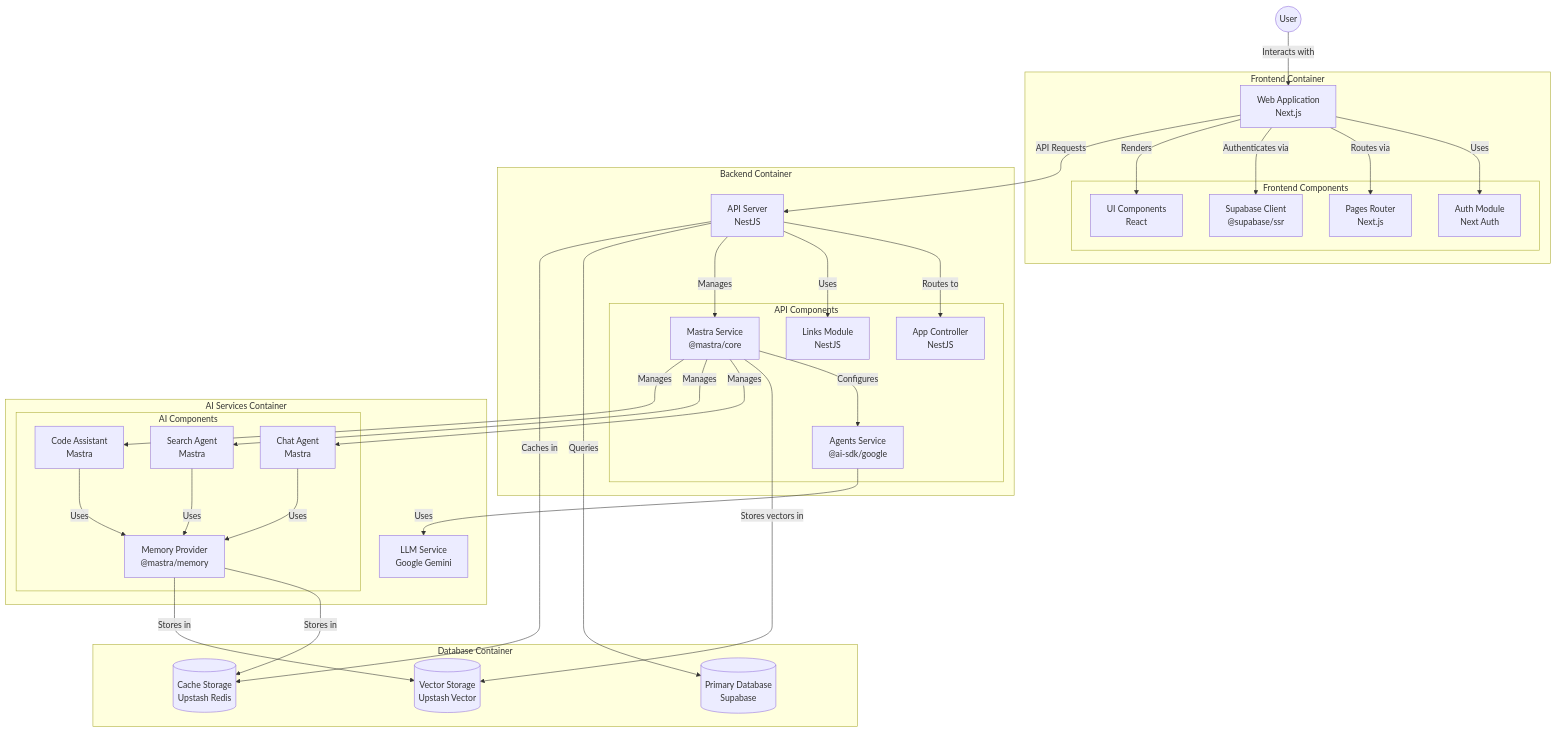
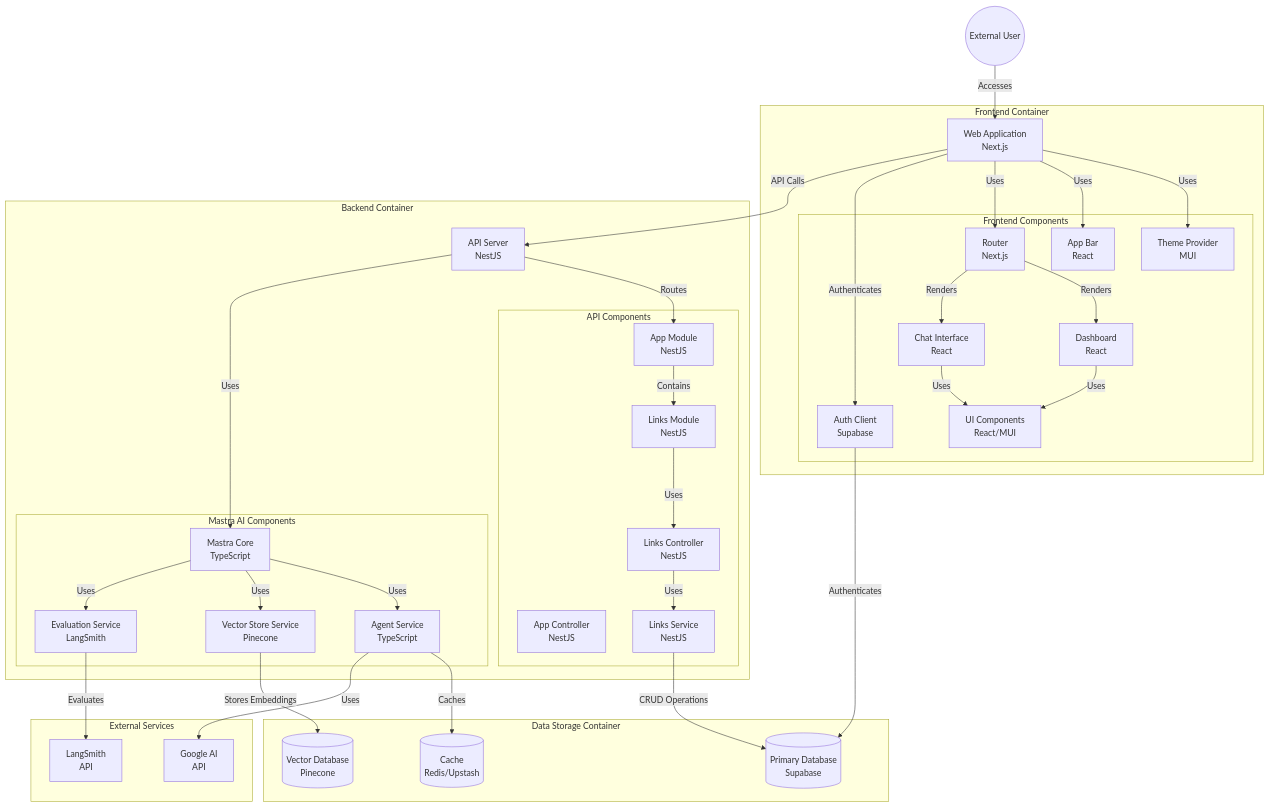
Before and after one commit to ssdeanx/AcidBomb: the second of 2 diagrams in README.md, drawn with Mermaid. The commit also changed 14 other files, not shown here.

First line of the commit message:
feat(agents): implement agent service and DTOs for agent management

````diff
--- a/README.md
+++ b/README.md
@@ -230,75 +230,80 @@
 ```mermaid
 graph TB
-    User((User))
+    User((External User))
 
     subgraph "Frontend Container"
         WebApp["Web Application<br>Next.js"]
 
         subgraph "Frontend Components"
-            AuthModule["Auth Module<br>Next Auth"]
-            Pages["Pages Router<br>Next.js"]
-            SupabaseClient["Supabase Client<br>@supabase/ssr"]
-            UIComponents["UI Components<br>React"]
+            ThemeProvider["Theme Provider<br>MUI"]
+            AppBar["App Bar<br>React"]
+            AuthClient["Auth Client<br>Supabase"]
+            Router["Router<br>Next.js"]
+            Dashboard["Dashboard<br>React"]
+            Chat["Chat Interface<br>React"]
+            UIComponents["UI Components<br>React/MUI"]
         end
     end
 
     subgraph "Backend Container"
-        NestAPI["API Server<br>NestJS"]
+        APIServer["API Server<br>NestJS"]
 
         subgraph "API Components"
+            AppModule["App Module<br>NestJS"]
+            LinksModule["Links Module<br>NestJS"]
             AppController["App Controller<br>NestJS"]
-            LinksModule["Links Module<br>NestJS"]
-            MastraService["Mastra Service<br>@mastra/core"]
-            AgentsService["Agents Service<br>@ai-sdk/google"]
+            LinksController["Links Controller<br>NestJS"]
+            LinksService["Links Service<br>NestJS"]
+        end
+
+        subgraph "Mastra AI Components"
+            MastraCore["Mastra Core<br>TypeScript"]
+            AgentService["Agent Service<br>TypeScript"]
+            VectorStore["Vector Store Service<br>Pinecone"]
+            EvaluationService["Evaluation Service<br>LangSmith"]
         end
     end
 
-    subgraph "Database Container"
+    subgraph "Data Storage Container"
         SupabaseDB[("Primary Database<br>Supabase")]
-        RedisCache[("Cache Storage<br>Upstash Redis")]
-        VectorStore[("Vector Storage<br>Upstash Vector")]
+        Redis[("Cache<br>Redis/Upstash")]
+        VectorDB[("Vector Database<br>Pinecone")]
     end
 
-    subgraph "AI Services Container"
-        GeminiModel["LLM Service<br>Google Gemini"]
-
-        subgraph "AI Components"
-            ChatAgent["Chat Agent<br>Mastra"]
-            SearchAgent["Search Agent<br>Mastra"]
-            CodeAgent["Code Assistant<br>Mastra"]
-            MemoryProvider["Memory Provider<br>@mastra/memory"]
-        end
+    subgraph "External Services"
+        LangSmith["LangSmith<br>API"]
+        GoogleAI["Google AI<br>API"]
     end
 
-    %% Frontend relationships
-    User -->|"Interacts with"| WebApp
-    WebApp -->|"Uses"| AuthModule
-    WebApp -->|"Routes via"| Pages
-    WebApp -->|"Authenticates via"| SupabaseClient
-    WebApp -->|"Renders"| UIComponents
+    %% Frontend Relationships
+    User -->|"Accesses"| WebApp
+    WebApp -->|"Uses"| ThemeProvider
+    WebApp -->|"Uses"| AppBar
+    WebApp -->|"Uses"| Router
+    Router -->|"Renders"| Dashboard
+    Router -->|"Renders"| Chat
+    Dashboard -->|"Uses"| UIComponents
+    Chat -->|"Uses"| UIComponents
+    WebApp -->|"Authenticates"| AuthClient
 
-    %% Frontend to Backend
-    WebApp -->|"API Requests"| NestAPI
+    %% Backend Relationships
+    WebApp -->|"API Calls"| APIServer
+    APIServer -->|"Routes"| AppModule
+    AppModule -->|"Contains"| LinksModule
+    LinksModule -->|"Uses"| LinksController
+    LinksController -->|"Uses"| LinksService
+    APIServer -->|"Uses"| MastraCore
+    MastraCore -->|"Uses"| AgentService
+    MastraCore -->|"Uses"| VectorStore
+    MastraCore -->|"Uses"| EvaluationService
 
-    %% Backend relationships
-    NestAPI -->|"Routes to"| AppController
-    NestAPI -->|"Uses"| LinksModule
-    NestAPI -->|"Manages"| MastraService
-    MastraService -->|"Configures"| AgentsService
+    %% Data Storage Relationships
+    AuthClient -->|"Authenticates"| SupabaseDB
+    LinksService -->|"CRUD Operations"| SupabaseDB
+    AgentService -->|"Caches"| Redis
+    VectorStore -->|"Stores Embeddings"| VectorDB
 
-    %% Database relationships
-    NestAPI -->|"Queries"| SupabaseDB
-    NestAPI -->|"Caches in"| RedisCache
-    MastraService -->|"Stores vectors in"| VectorStore
-
-    %% AI Service relationships
-    AgentsService -->|"Uses"| GeminiModel
-    MastraService -->|"Manages"| ChatAgent
-    MastraService -->|"Manages"| SearchAgent
-    MastraService -->|"Manages"| CodeAgent
-    ChatAgent -->|"Uses"| MemoryProvider
-    SearchAgent -->|"Uses"| MemoryProvider
-    CodeAgent -->|"Uses"| MemoryProvider
-    MemoryProvider -->|"Stores in"| RedisCache
-    MemoryProvider -->|"Stores in"| VectorStore
+    %% External Service Relationships
+    EvaluationService -->|"Evaluates"| LangSmith
+    AgentService -->|"Uses"| GoogleAI
 ```
````
